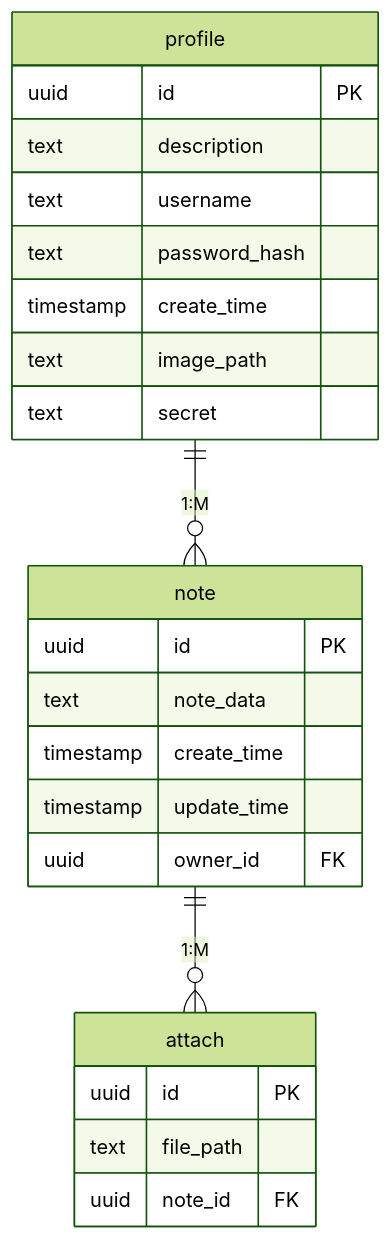
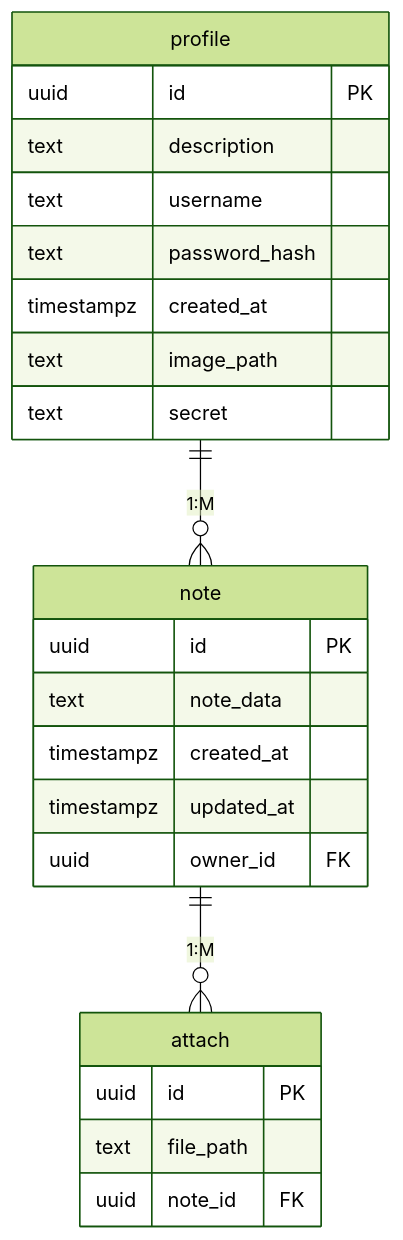
Before and after one commit to go-park-mail-ru/2024_1_scratch_senior_devs: the diagram in db/normalized/er_diagram.mmd, drawn with Mermaid (forest theme). The commit also changed 4 other files, not shown here.

```diff
--- a/db/normalized/er_diagram.mmd
+++ b/db/normalized/er_diagram.mmd
@@ -1,24 +1,24 @@
 erDiagram
     profile {
         uuid id PK
         text description
         text username
         text password_hash
-        timestamp create_time
+        timestampz created_at
         text image_path
         text secret
     }
     note {
         uuid id PK
         text note_data
-        timestamp create_time
-        timestamp update_time
+        timestampz created_at
+        timestampz updated_at
         uuid owner_id FK
     }
     attach {
         uuid id PK
         text file_path
         uuid note_id FK
     }
     profile ||--o{ note : "1:M"
     note ||--o{ attach : "1:M"
```
